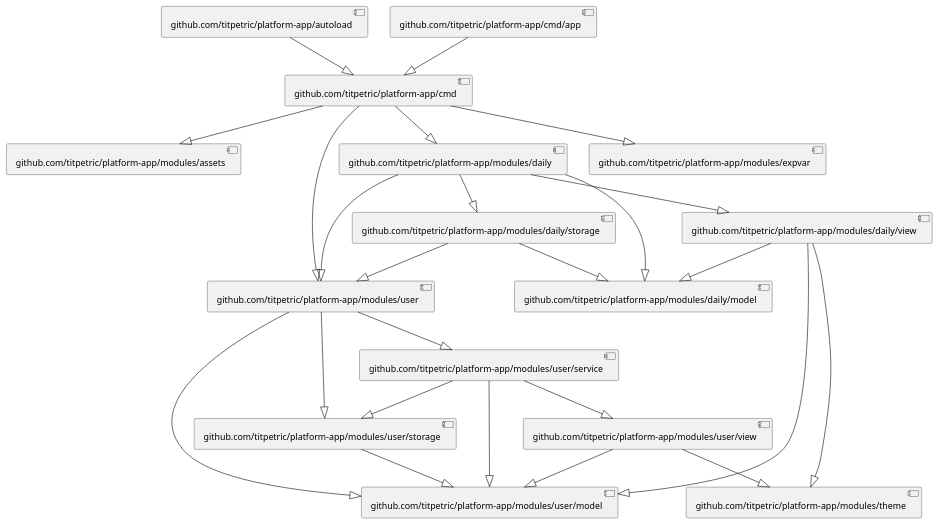
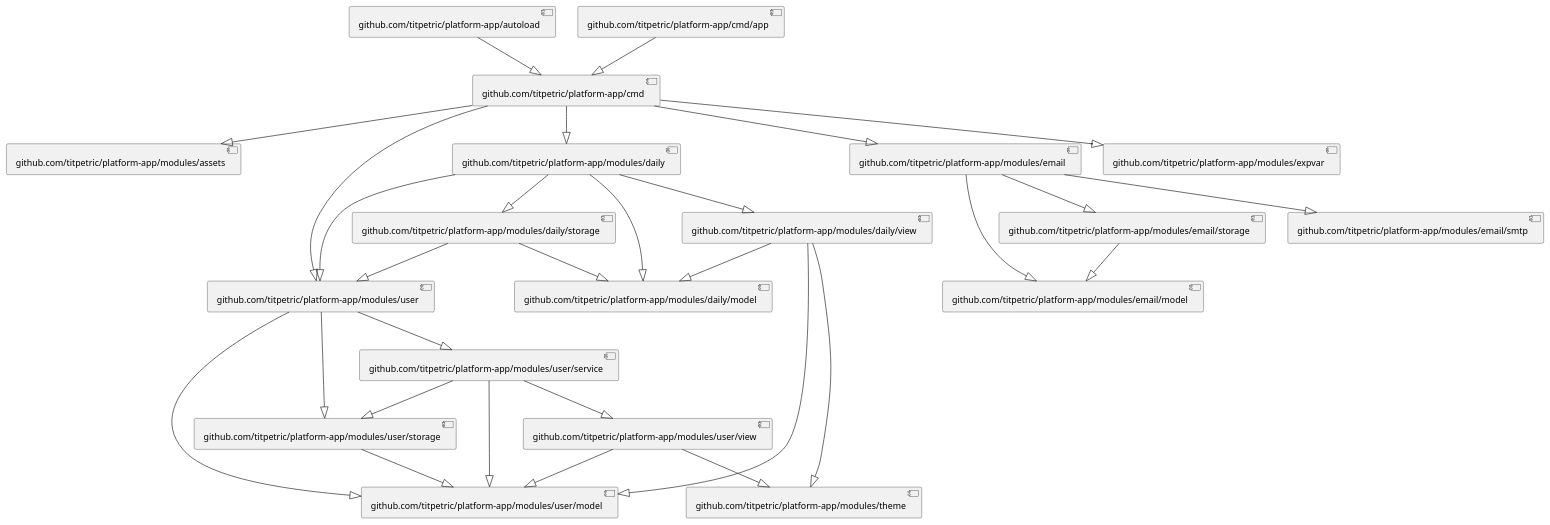
Before and after one commit to titpetric/platform-app: the diagram in docs/imports.puml, drawn with PlantUML. The commit also changed 6 other files, not shown here.

```diff
--- a/docs/imports.puml
+++ b/docs/imports.puml
@@ -1,26 +1,31 @@
 @startuml
 [github.com/titpetric/platform-app/autoload] --|> [github.com/titpetric/platform-app/cmd]
 [github.com/titpetric/platform-app/cmd] --|> [github.com/titpetric/platform-app/modules/assets]
 [github.com/titpetric/platform-app/cmd] --|> [github.com/titpetric/platform-app/modules/daily]
+[github.com/titpetric/platform-app/cmd] --|> [github.com/titpetric/platform-app/modules/email]
 [github.com/titpetric/platform-app/cmd] --|> [github.com/titpetric/platform-app/modules/expvar]
 [github.com/titpetric/platform-app/cmd] --|> [github.com/titpetric/platform-app/modules/user]
 [github.com/titpetric/platform-app/cmd/app] --|> [github.com/titpetric/platform-app/cmd]
 [github.com/titpetric/platform-app/modules/daily] --|> [github.com/titpetric/platform-app/modules/daily/model]
 [github.com/titpetric/platform-app/modules/daily] --|> [github.com/titpetric/platform-app/modules/daily/storage]
 [github.com/titpetric/platform-app/modules/daily] --|> [github.com/titpetric/platform-app/modules/daily/view]
 [github.com/titpetric/platform-app/modules/daily] --|> [github.com/titpetric/platform-app/modules/user]
 [github.com/titpetric/platform-app/modules/daily/storage] --|> [github.com/titpetric/platform-app/modules/daily/model]
 [github.com/titpetric/platform-app/modules/daily/storage] --|> [github.com/titpetric/platform-app/modules/user]
 [github.com/titpetric/platform-app/modules/daily/view] --|> [github.com/titpetric/platform-app/modules/daily/model]
 [github.com/titpetric/platform-app/modules/daily/view] --|> [github.com/titpetric/platform-app/modules/theme]
 [github.com/titpetric/platform-app/modules/daily/view] --|> [github.com/titpetric/platform-app/modules/user/model]
+[github.com/titpetric/platform-app/modules/email] --|> [github.com/titpetric/platform-app/modules/email/model]
+[github.com/titpetric/platform-app/modules/email] --|> [github.com/titpetric/platform-app/modules/email/smtp]
+[github.com/titpetric/platform-app/modules/email] --|> [github.com/titpetric/platform-app/modules/email/storage]
+[github.com/titpetric/platform-app/modules/email/storage] --|> [github.com/titpetric/platform-app/modules/email/model]
 [github.com/titpetric/platform-app/modules/user] --|> [github.com/titpetric/platform-app/modules/user/model]
 [github.com/titpetric/platform-app/modules/user] --|> [github.com/titpetric/platform-app/modules/user/service]
 [github.com/titpetric/platform-app/modules/user] --|> [github.com/titpetric/platform-app/modules/user/storage]
 [github.com/titpetric/platform-app/modules/user/service] --|> [github.com/titpetric/platform-app/modules/user/model]
 [github.com/titpetric/platform-app/modules/user/service] --|> [github.com/titpetric/platform-app/modules/user/storage]
 [github.com/titpetric/platform-app/modules/user/service] --|> [github.com/titpetric/platform-app/modules/user/view]
 [github.com/titpetric/platform-app/modules/user/storage] --|> [github.com/titpetric/platform-app/modules/user/model]
 [github.com/titpetric/platform-app/modules/user/view] --|> [github.com/titpetric/platform-app/modules/theme]
 [github.com/titpetric/platform-app/modules/user/view] --|> [github.com/titpetric/platform-app/modules/user/model]
 @enduml
```
